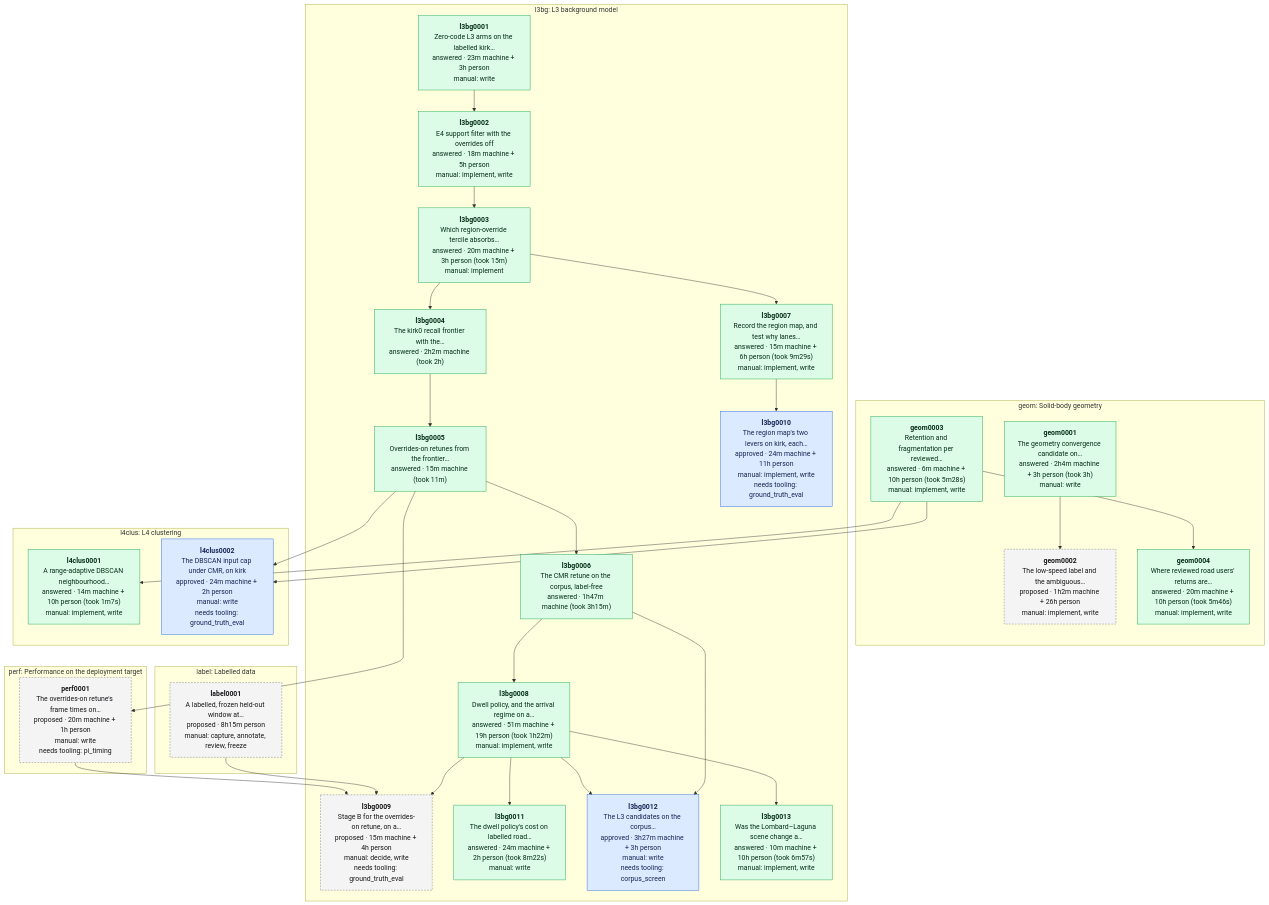
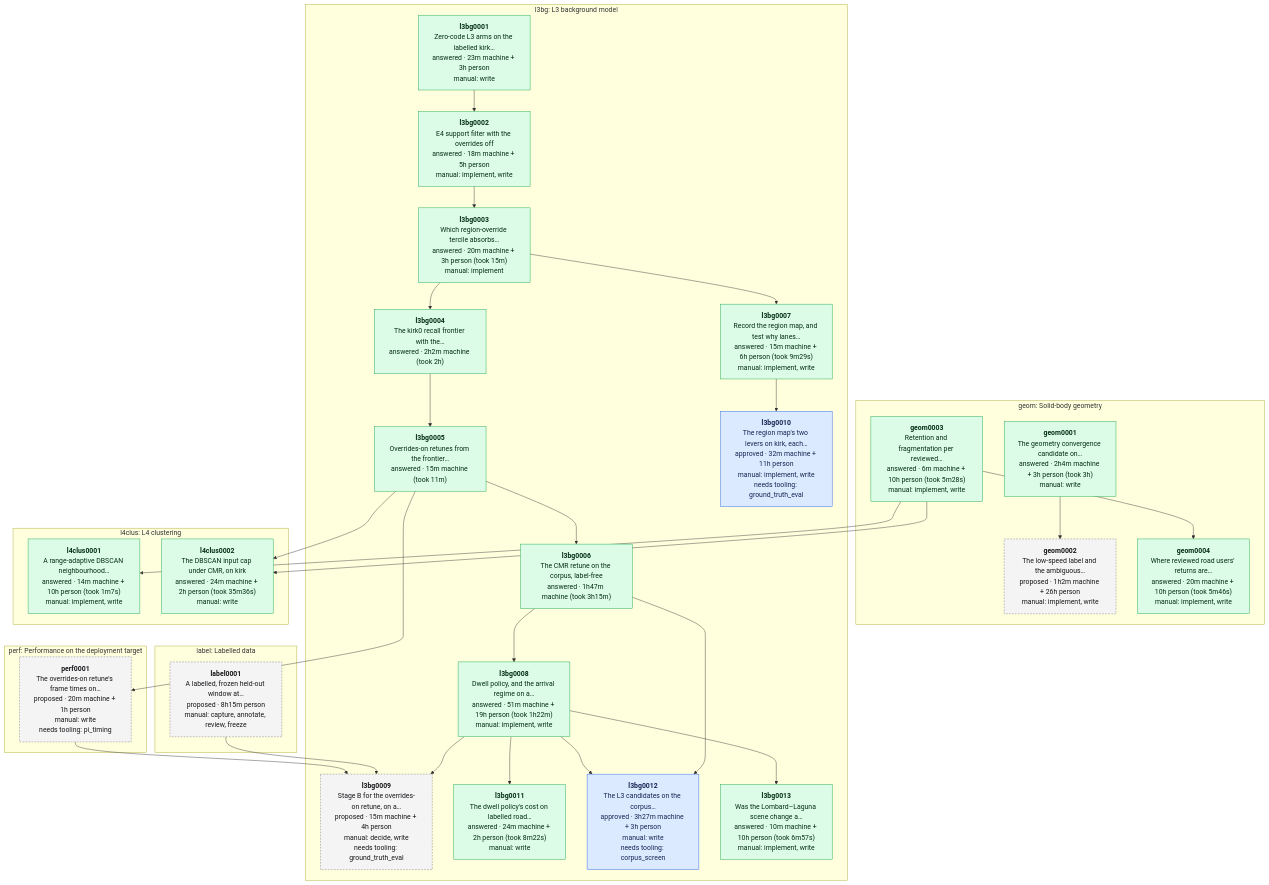
Before and after one commit to banshee-data/velocity.report: the diagram in data/experiments/DEPENDENCIES.md, drawn with Mermaid. The commit also changed other lines of this file and 4 other files, not shown here.

Commit message:
[ai][docs] l4clus0002 answered; the return fate report, LIDAR.md and the devlog link the input cap

````diff
--- a/data/experiments/DEPENDENCIES.md
+++ b/data/experiments/DEPENDENCIES.md
@@ -7,59 +7,59 @@
 ```mermaid
 flowchart TB
   classDef proposed fill:#f4f4f5,stroke:#71717a,stroke-dasharray:4 3,color:#18181b
   classDef approved fill:#dbeafe,stroke:#2563eb,color:#172554
   classDef answered fill:#dcfce7,stroke:#16a34a,color:#052e16
   classDef retired fill:#fafafa,stroke:#d4d4d8,color:#71717a
   subgraph area_geom ["geom: Solid-body geometry"]
     geom0001["<b>geom0001</b><br/>The geometry convergence candidate on…<br/>answered · 2h4m machine + 3h person (took 3h)<br/>manual: write"]:::answered
     geom0002["<b>geom0002</b><br/>The low-speed label and the ambiguous…<br/>proposed · 1h2m machine + 26h person<br/>manual: implement, write"]:::proposed
     geom0003["<b>geom0003</b><br/>Retention and fragmentation per reviewed…<br/>answered · 6m machine + 10h person (took 5m28s)<br/>manual: implement, write"]:::answered
     geom0004["<b>geom0004</b><br/>Where reviewed road users' returns are…<br/>answered · 20m machine + 10h person (took 5m46s)<br/>manual: implement, write"]:::answered
   end
   subgraph area_l3bg ["l3bg: L3 background model"]
     l3bg0001["<b>l3bg0001</b><br/>Zero-code L3 arms on the labelled kirk…<br/>answered · 23m machine + 3h person<br/>manual: write"]:::answered
     l3bg0002["<b>l3bg0002</b><br/>E4 support filter with the overrides off<br/>answered · 18m machine + 5h person<br/>manual: implement, write"]:::answered
     l3bg0003["<b>l3bg0003</b><br/>Which region-override tercile absorbs…<br/>answered · 20m machine + 3h person (took 15m)<br/>manual: implement"]:::answered
     l3bg0004["<b>l3bg0004</b><br/>The kirk0 recall frontier with the…<br/>answered · 2h2m machine (took 2h)"]:::answered
     l3bg0005["<b>l3bg0005</b><br/>Overrides-on retunes from the frontier…<br/>answered · 15m machine (took 11m)"]:::answered
     l3bg0006["<b>l3bg0006</b><br/>The CMR retune on the corpus, label-free<br/>answered · 1h47m machine (took 3h15m)"]:::answered
     l3bg0007["<b>l3bg0007</b><br/>Record the region map, and test why lanes…<br/>answered · 15m machine + 6h person (took 9m29s)<br/>manual: implement, write"]:::answered
     l3bg0008["<b>l3bg0008</b><br/>Dwell policy, and the arrival regime on a…<br/>answered · 51m machine + 19h person (took 1h22m)<br/>manual: implement, write"]:::answered
     l3bg0009["<b>l3bg0009</b><br/>Stage B for the overrides-on retune, on a…<br/>proposed · 15m machine + 4h person<br/>manual: decide, write<br/>needs tooling: ground_truth_eval"]:::proposed
-    l3bg0010["<b>l3bg0010</b><br/>The region map's two levers on kirk, each…<br/>approved · 24m machine + 11h person<br/>manual: implement, write<br/>needs tooling: ground_truth_eval"]:::approved
+    l3bg0010["<b>l3bg0010</b><br/>The region map's two levers on kirk, each…<br/>approved · 32m machine + 11h person<br/>manual: implement, write<br/>needs tooling: ground_truth_eval"]:::approved
     l3bg0011["<b>l3bg0011</b><br/>The dwell policy's cost on labelled road…<br/>answered · 24m machine + 2h person (took 8m22s)<br/>manual: write"]:::answered
     l3bg0012["<b>l3bg0012</b><br/>The L3 candidates on the corpus…<br/>approved · 3h27m machine + 3h person<br/>manual: write<br/>needs tooling: corpus_screen"]:::approved
     l3bg0013["<b>l3bg0013</b><br/>Was the Lombard–Laguna scene change a…<br/>answered · 10m machine + 10h person (took 6m57s)<br/>manual: implement, write"]:::answered
   end
   subgraph area_l4clus ["l4clus: L4 clustering"]
     l4clus0001["<b>l4clus0001</b><br/>A range-adaptive DBSCAN neighbourhood…<br/>answered · 14m machine + 10h person (took 1m7s)<br/>manual: implement, write"]:::answered
-    l4clus0002["<b>l4clus0002</b><br/>The DBSCAN input cap under CMR, on kirk<br/>approved · 24m machine + 2h person<br/>manual: write<br/>needs tooling: ground_truth_eval"]:::approved
+    l4clus0002["<b>l4clus0002</b><br/>The DBSCAN input cap under CMR, on kirk<br/>answered · 24m machine + 2h person (took 35m36s)<br/>manual: write"]:::answered
   end
   subgraph area_label ["label: Labelled data"]
     label0001["<b>label0001</b><br/>A labelled, frozen held-out window at…<br/>proposed · 8h15m person<br/>manual: capture, annotate, review, freeze"]:::proposed
   end
   subgraph area_perf ["perf: Performance on the deployment target"]
     perf0001["<b>perf0001</b><br/>The overrides-on retune's frame times on…<br/>proposed · 20m machine + 1h person<br/>manual: write<br/>needs tooling: pi_timing"]:::proposed
   end
   geom0001 --> geom0002
   geom0003 --> geom0004
   l3bg0001 --> l3bg0002
   l3bg0002 --> l3bg0003
   l3bg0003 --> l3bg0004
   l3bg0004 --> l3bg0005
   l3bg0005 --> l3bg0006
   l3bg0003 --> l3bg0007
   l3bg0006 --> l3bg0008
   l3bg0008 --> l3bg0009
   label0001 --> l3bg0009
   perf0001 --> l3bg0009
   l3bg0007 --> l3bg0010
   l3bg0008 --> l3bg0011
   l3bg0006 --> l3bg0012
   l3bg0008 --> l3bg0012
   l3bg0008 --> l3bg0013
   geom0003 --> l4clus0001
   geom0003 --> l4clus0002
   l3bg0005 --> l4clus0002
   l3bg0005 --> perf0001
 ```
````
